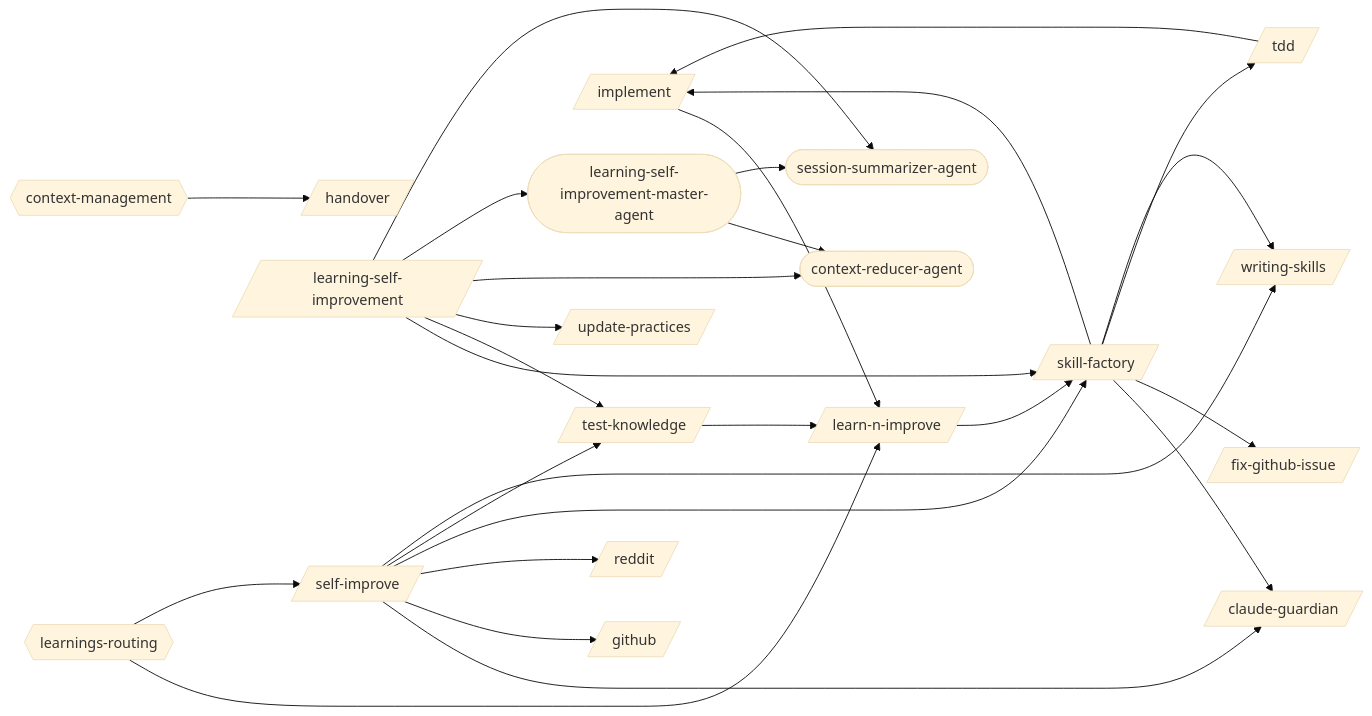
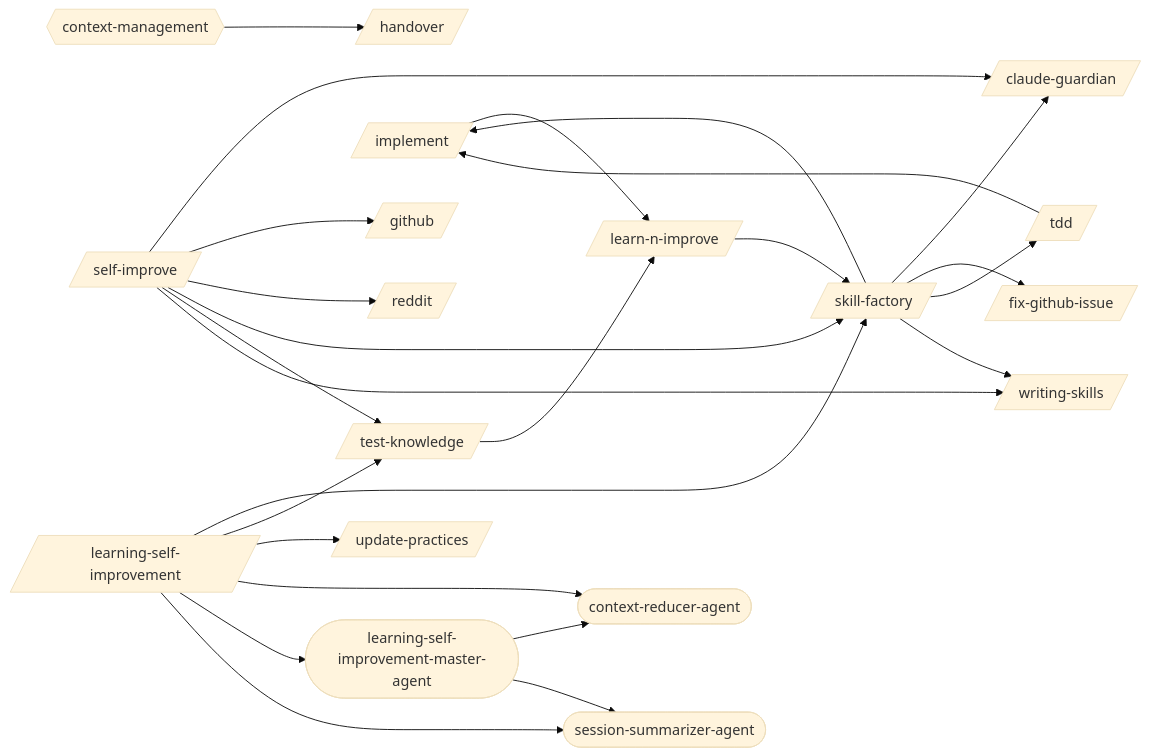
The first of 20 diagrams in docs/workflows/learning-self-improvement.md (abhayla/claude-best-practices), drawn with Mermaid (base theme) before and after one commit. The commit also changed other lines of this file and 25 other files, not shown here.

````diff
--- a/docs/workflows/learning-self-improvement.md
+++ b/docs/workflows/learning-self-improvement.md
@@ -9,48 +9,45 @@
 ```mermaid
 graph LR
     claude_guardian[/claude-guardian/]
     fix_github_issue[/fix-github-issue/]
     github[/github/]
     handover[/handover/]
     implement[/implement/]
     learn_n_improve[/learn-n-improve/]
     learning_self_improvement[/learning-self-improvement/]
     reddit[/reddit/]
     self_improve[/self-improve/]
     skill_factory[/skill-factory/]
     tdd[/tdd/]
     test_knowledge[/test-knowledge/]
     update_practices[/update-practices/]
     writing_skills[/writing-skills/]
     context_reducer_agent([context-reducer-agent])
     learning_self_improvement_master_agent([learning-self-improvement-master-agent])
     session_summarizer_agent([session-summarizer-agent])
     context_management{{context-management}}
-    learnings_routing{{learnings-routing}}
     implement --> learn_n_improve
     learn_n_improve --> skill_factory
     learning_self_improvement --> skill_factory
     learning_self_improvement --> test_knowledge
     learning_self_improvement --> update_practices
     learning_self_improvement --> context_reducer_agent
     learning_self_improvement --> learning_self_improvement_master_agent
     learning_self_improvement --> session_summarizer_agent
     skill_factory --> claude_guardian
     skill_factory --> fix_github_issue
     skill_factory --> implement
     skill_factory --> tdd
     skill_factory --> writing_skills
     tdd --> implement
     test_knowledge --> learn_n_improve
     self_improve --> claude_guardian
     self_improve --> github
     self_improve --> reddit
     self_improve --> skill_factory
     self_improve --> test_knowledge
     self_improve --> writing_skills
     learning_self_improvement_master_agent --> context_reducer_agent
     learning_self_improvement_master_agent --> session_summarizer_agent
     context_management --> handover
-    learnings_routing --> learn_n_improve
-    learnings_routing --> self_improve
 ```
````
